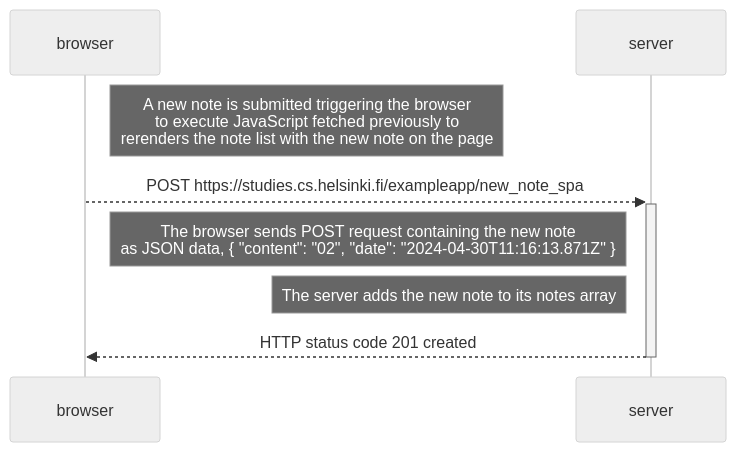
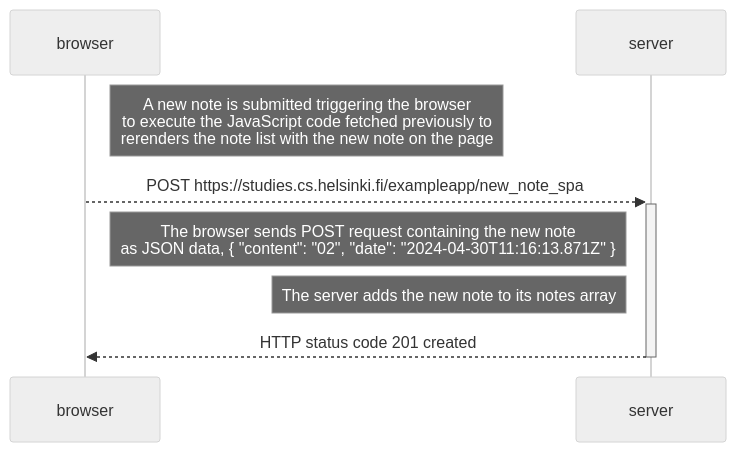
Before and after one commit to flora8heart/fullstackopen: the diagram in part0/exercise0_6-spa-newnote-diagram.md, drawn with Mermaid (neutral theme).

Commit message:
Add missing words to mermaid diagram

````diff
--- a/part0/exercise0_6-spa-newnote-diagram.md
+++ b/part0/exercise0_6-spa-newnote-diagram.md
@@ -1,19 +1,19 @@
 ```mermaid
 sequenceDiagram
 
 participant browser
 participant server
 
-Note right of browser: A new note is submitted triggering the browser <br> to execute JavaScript fetched previously to <br>rerenders the note list with the new note on the page
+Note right of browser: A new note is submitted triggering the browser <br> to execute the JavaScript code fetched previously to <br>rerenders the note list with the new note on the page
 
 browser-->>+server: POST https://studies.cs.helsinki.fi/exampleapp/new_note_spa
 
 
 Note right of browser: The browser sends POST request containing the new note <br>as JSON data, { "content": "02", "date": "2024-04-30T11:16:13.871Z" }
 
  Note left of server: The server adds the new note to its notes array
 
 server-->>-browser: HTTP status code 201 created
 
 
 ```
````
